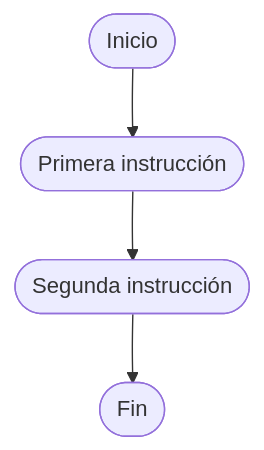
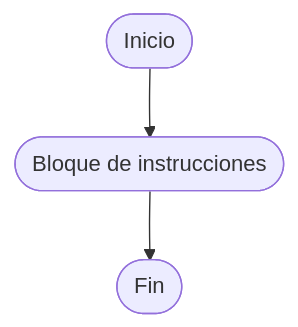
Before and after one commit to danielmartinan/entornos_desarrollo_2024-25: the second of 9 diagrams in UD5_diseno_realizacion_pruebas/apuntes/UD5_2_Tipos_pruebas.md, drawn with Mermaid. The commit also changed other lines of this file and 2 other files, not shown here.

````diff
--- a/UD5_diseno_realizacion_pruebas/apuntes/UD5_2_Tipos_pruebas.md
+++ b/UD5_diseno_realizacion_pruebas/apuntes/UD5_2_Tipos_pruebas.md
@@ -563,6 +563,5 @@
         ```mermaid
         graph TD
-        A([Inicio]) --> B([Primera instrucción])
-        B --> C([Segunda instrucción])
-        C --> D([Fin])
+        A([Inicio]) --> B([Bloque de instrucciones])
+        B --> D([Fin])
         ```
````
